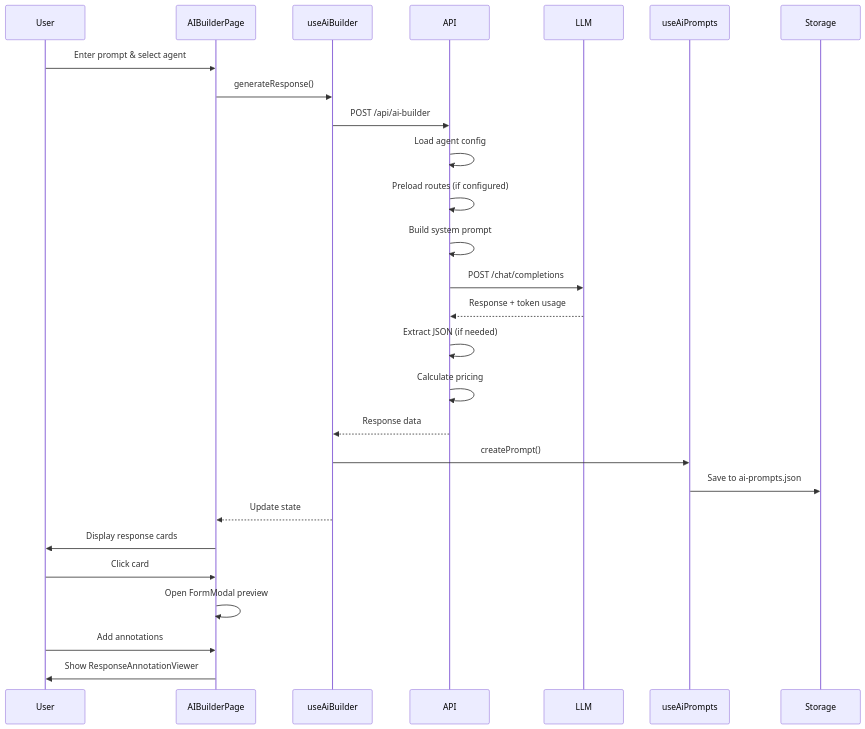
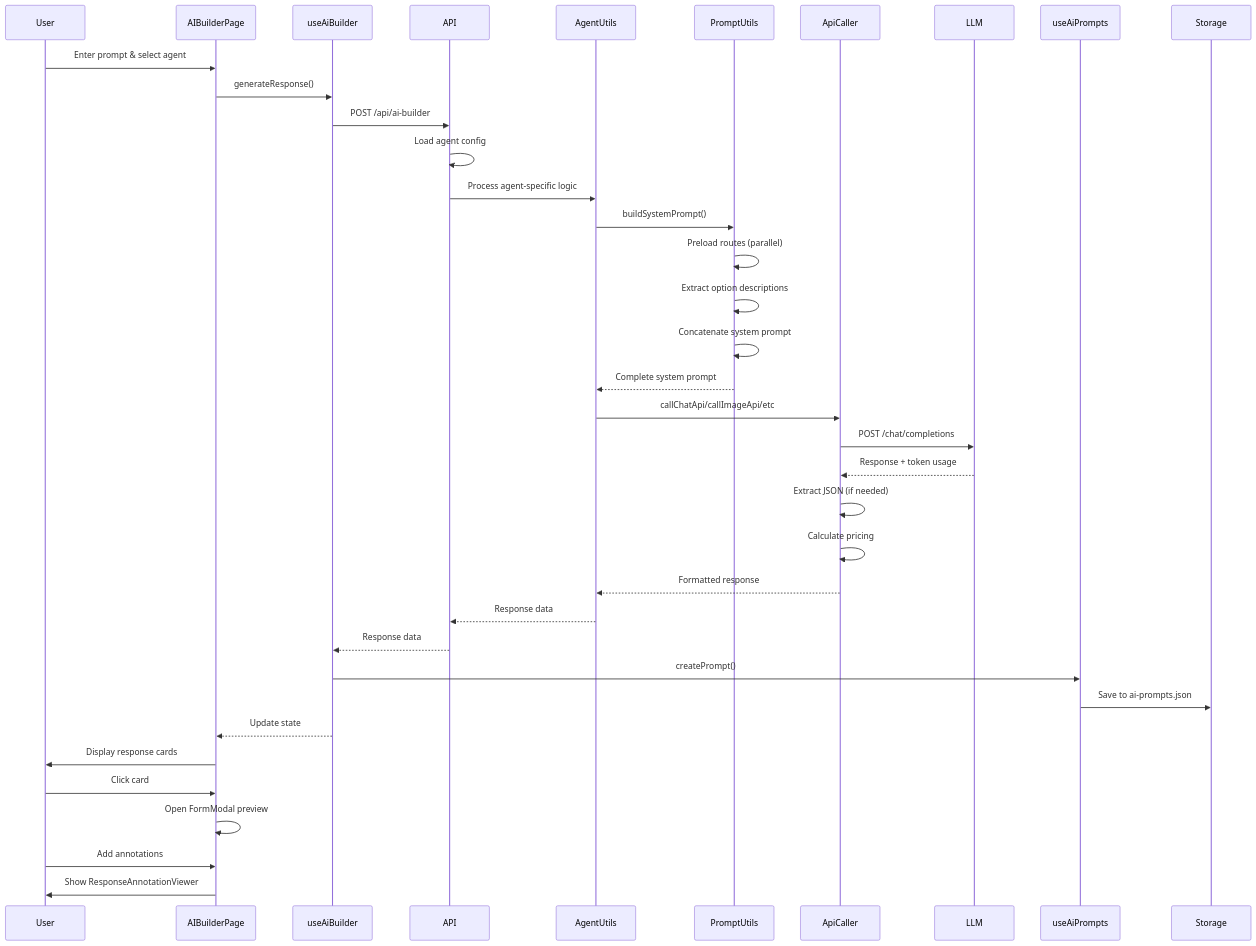
One commit to Gradian-me/gradian-app changed the second of 8 diagrams in src/docs/ai-builder/ARCHITECTURE.md. Above: the diagram before and after it, drawn with Mermaid. The commit also changed other lines of this file and 28 other files, not shown here.

````diff
--- a/src/docs/ai-builder/ARCHITECTURE.md
+++ b/src/docs/ai-builder/ARCHITECTURE.md
@@ -58,30 +58,40 @@
 ```mermaid
 sequenceDiagram
     participant User
     participant AIBuilderPage
     participant useAiBuilder
     participant API
+    participant AgentUtils
+    participant PromptUtils
+    participant ApiCaller
     participant LLM
     participant useAiPrompts
     participant Storage
 
     User->>AIBuilderPage: Enter prompt & select agent
     AIBuilderPage->>useAiBuilder: generateResponse()
     useAiBuilder->>API: POST /api/ai-builder
     API->>API: Load agent config
-    API->>API: Preload routes (if configured)
-    API->>API: Build system prompt
-    API->>LLM: POST /chat/completions
-    LLM-->>API: Response + token usage
-    API->>API: Extract JSON (if needed)
-    API->>API: Calculate pricing
+    API->>AgentUtils: Process agent-specific logic
+    AgentUtils->>PromptUtils: buildSystemPrompt()
+    PromptUtils->>PromptUtils: Preload routes (parallel)
+    PromptUtils->>PromptUtils: Extract option descriptions
+    PromptUtils->>PromptUtils: Concatenate system prompt
+    PromptUtils-->>AgentUtils: Complete system prompt
+    AgentUtils->>ApiCaller: callChatApi/callImageApi/etc
+    ApiCaller->>LLM: POST /chat/completions
+    LLM-->>ApiCaller: Response + token usage
+    ApiCaller->>ApiCaller: Extract JSON (if needed)
+    ApiCaller->>ApiCaller: Calculate pricing
+    ApiCaller-->>AgentUtils: Formatted response
+    AgentUtils-->>API: Response data
     API-->>useAiBuilder: Response data
     useAiBuilder->>useAiPrompts: createPrompt()
     useAiPrompts->>Storage: Save to ai-prompts.json
     useAiBuilder-->>AIBuilderPage: Update state
     AIBuilderPage->>User: Display response cards
     User->>AIBuilderPage: Click card
     AIBuilderPage->>AIBuilderPage: Open FormModal preview
     User->>AIBuilderPage: Add annotations
     AIBuilderPage->>User: Show ResponseAnnotationViewer
 ```
````
